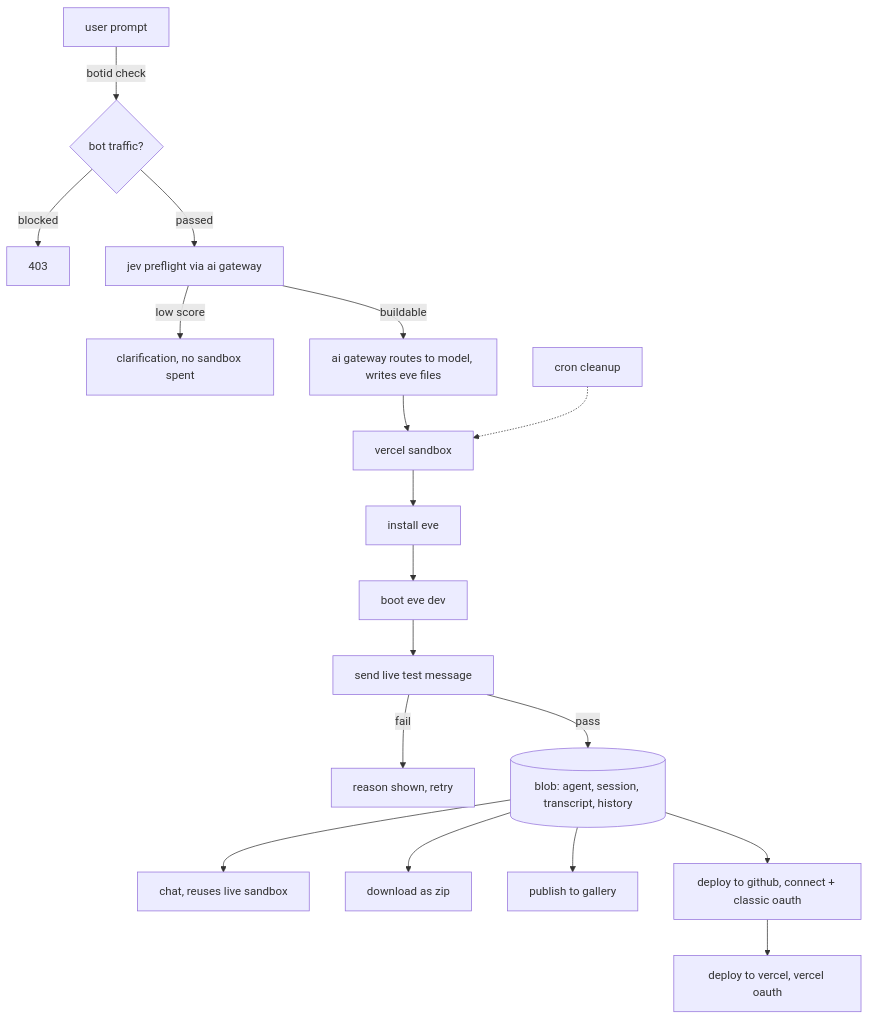
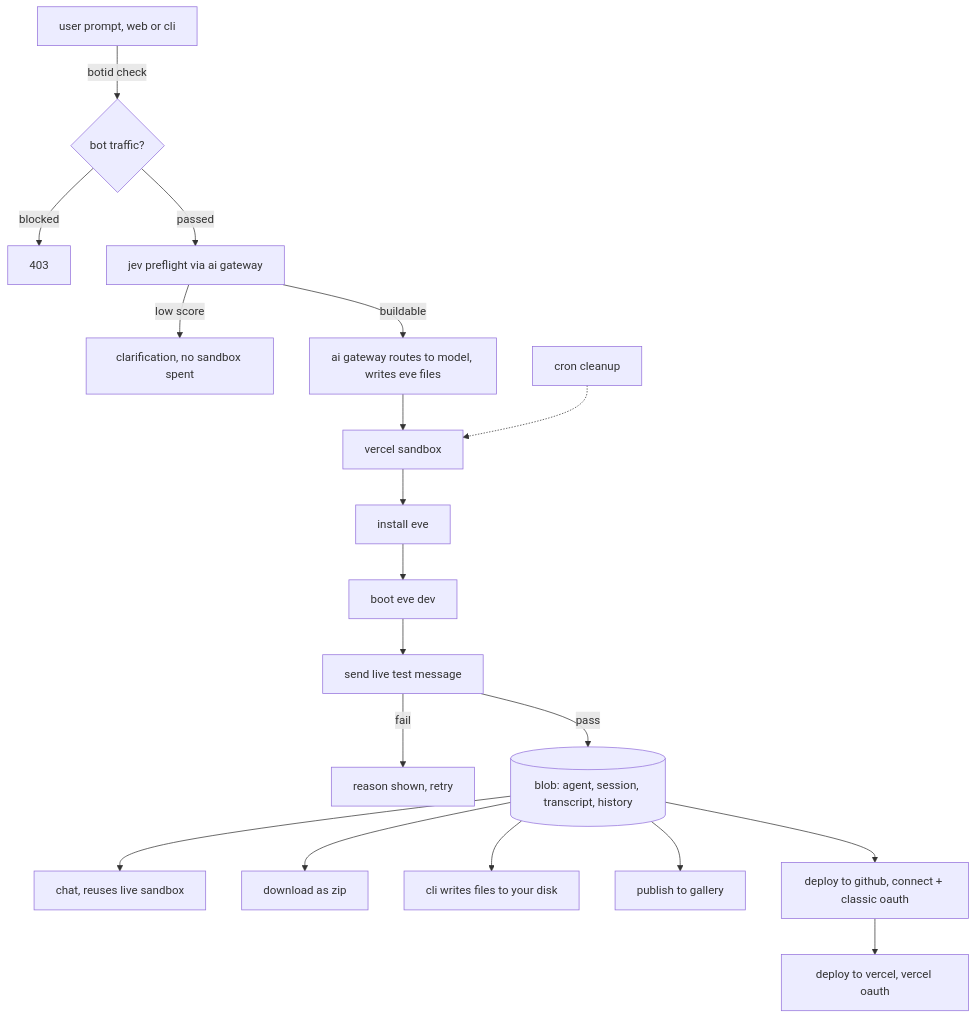
The diagram in README.md (AbhiVarde/tryeve), drawn with Mermaid before and after one commit. The commit also changed other lines of this file and 2 other files, not shown here.

Commit message:
feat: surface cli across page, features, and readme

````diff
--- a/README.md
+++ b/README.md
@@ -64,20 +138,21 @@
 ```mermaid
 flowchart TD
-  Prompt[user prompt] -->|botid check| Bot{bot traffic?}
+  Prompt[user prompt, web or cli] -->|botid check| Bot{bot traffic?}
   Bot -->|blocked| Reject[403]
   Bot -->|passed| Preflight[jev preflight via ai gateway]
   Preflight -->|low score| Clarify[clarification, no sandbox spent]
   Preflight -->|buildable| Gen[ai gateway routes to model, writes eve files]
   Gen --> Sandbox[vercel sandbox]
   Sandbox --> Install[install eve]
   Install --> Boot[boot eve dev]
   Boot --> Test[send live test message]
   Test -->|fail| Retry[reason shown, retry]
   Test -->|pass| Store[(blob: agent, session, transcript, history)]
   Store --> Chat[chat, reuses live sandbox]
   Store --> Download[download as zip]
+  Store --> Disk[cli writes files to your disk]
   Store --> Gallery[publish to gallery]
   Store --> GithubDeploy[deploy to github, connect + classic oauth]
   GithubDeploy --> VercelDeploy[deploy to vercel, vercel oauth]
   Cron[cron cleanup] -.-> Sandbox
 ```
````
